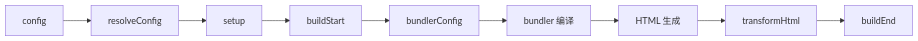
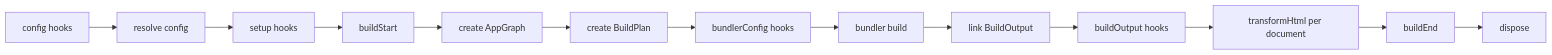
The diagram in docs/i18n/zh-Hans/docusaurus-plugin-content-docs/current/plugins.md (binhanchen25-arch/evjs), drawn with Mermaid before and after one commit. The commit also changed other lines of this file and 400 other files, not shown here.

Commit message:
feat: implement graph-driven framework architecture (#18)

````diff
--- a/docs/i18n/zh-Hans/docusaurus-plugin-content-docs/current/plugins.md
+++ b/docs/i18n/zh-Hans/docusaurus-plugin-content-docs/current/plugins.md
@@ -146,11 +106,15 @@
 ```mermaid
 flowchart LR
-    A[config] --> B["resolveConfig"]
-    B --> C[setup]
-    C --> D[buildStart]
-    D --> E[bundlerConfig]
-    E --> F["bundler 编译"]
-    F --> G["HTML 生成"]
-    G --> H[transformHtml]
-    H --> I[buildEnd]
+  A["config hooks"] --> B["resolve config"]
+  B --> C["setup hooks"]
+  C --> E["buildStart"]
+  E --> F["create AppGraph"]
+  F --> H["create BuildPlan"]
+  H --> J["bundlerConfig hooks"]
+  J --> K["bundler build"]
+  K --> L["link BuildOutput"]
+  L --> M["buildOutput hooks"]
+  M --> N["transformHtml per document"]
+  N --> O["buildEnd"]
+  O --> P["dispose"]
 ```
````
